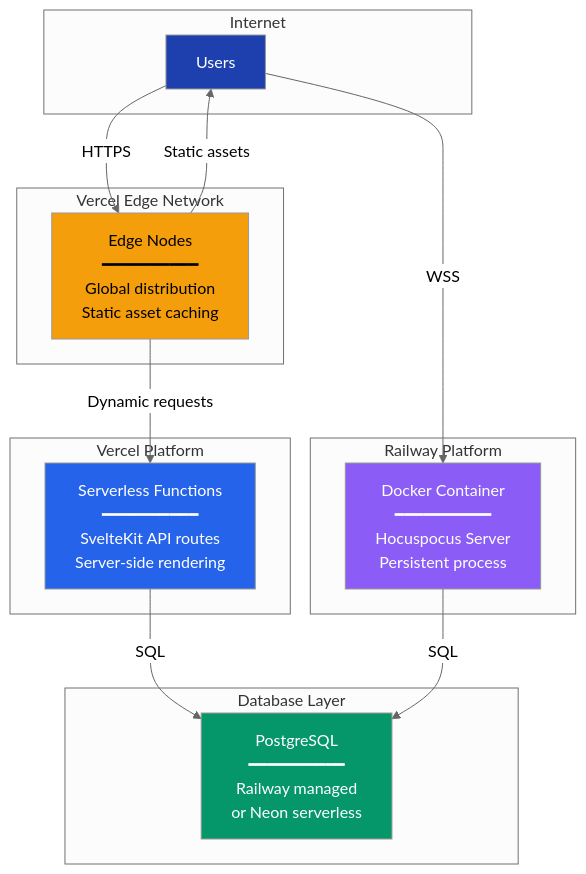
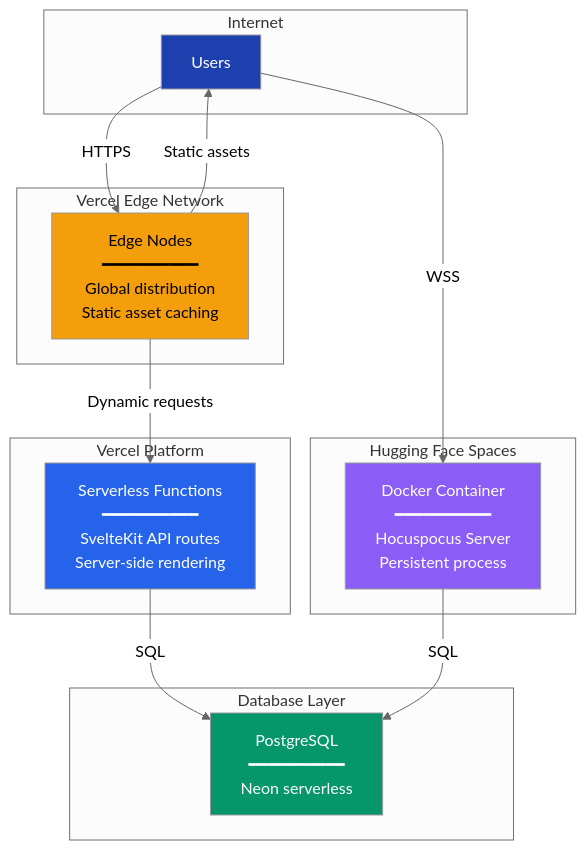
Diagram 11 of 11 in docs/ARCHITECTURE.md (AuraEG/markwrite), drawn with Mermaid before and after one commit. The commit also changed other lines of this file and 10 other files, not shown here.

````diff
--- a/docs/ARCHITECTURE.md
+++ b/docs/ARCHITECTURE.md
@@ -708,36 +708,36 @@
 ```mermaid
 %%{init: {'theme': 'neutral'}}%%
 flowchart TB
     subgraph Internet["Internet"]
         Users["Users"]
     end
 
     subgraph CDN["Vercel Edge Network"]
         Edge["Edge Nodes<br/>━━━━━━━━━━<br/>Global distribution<br/>Static asset caching"]
     end
 
     subgraph Vercel["Vercel Platform"]
         Serverless["Serverless Functions<br/>━━━━━━━━━━<br/>SvelteKit API routes<br/>Server-side rendering"]
     end
 
-    subgraph Railway["Railway Platform"]
+    subgraph HF["Hugging Face Spaces"]
         Container["Docker Container<br/>━━━━━━━━━━<br/>Hocuspocus Server<br/>Persistent process"]
     end
 
     subgraph Database["Database Layer"]
-        PG["PostgreSQL<br/>━━━━━━━━━━<br/>Railway managed<br/>or Neon serverless"]
+        PG["PostgreSQL<br/>━━━━━━━━━━<br/>Neon serverless"]
     end
 
     Users -->|"HTTPS"| Edge
     Edge -->|"Static assets"| Users
     Edge -->|"Dynamic requests"| Serverless
     Users -->|"WSS"| Container
     Serverless -->|"SQL"| PG
     Container -->|"SQL"| PG
 
     style Users fill:#1e40af,color:#fff
     style Edge fill:#f59e0b,color:#000
     style Serverless fill:#2563eb,color:#fff
     style Container fill:#8b5cf6,color:#fff
     style PG fill:#059669,color:#fff
 ```
````
